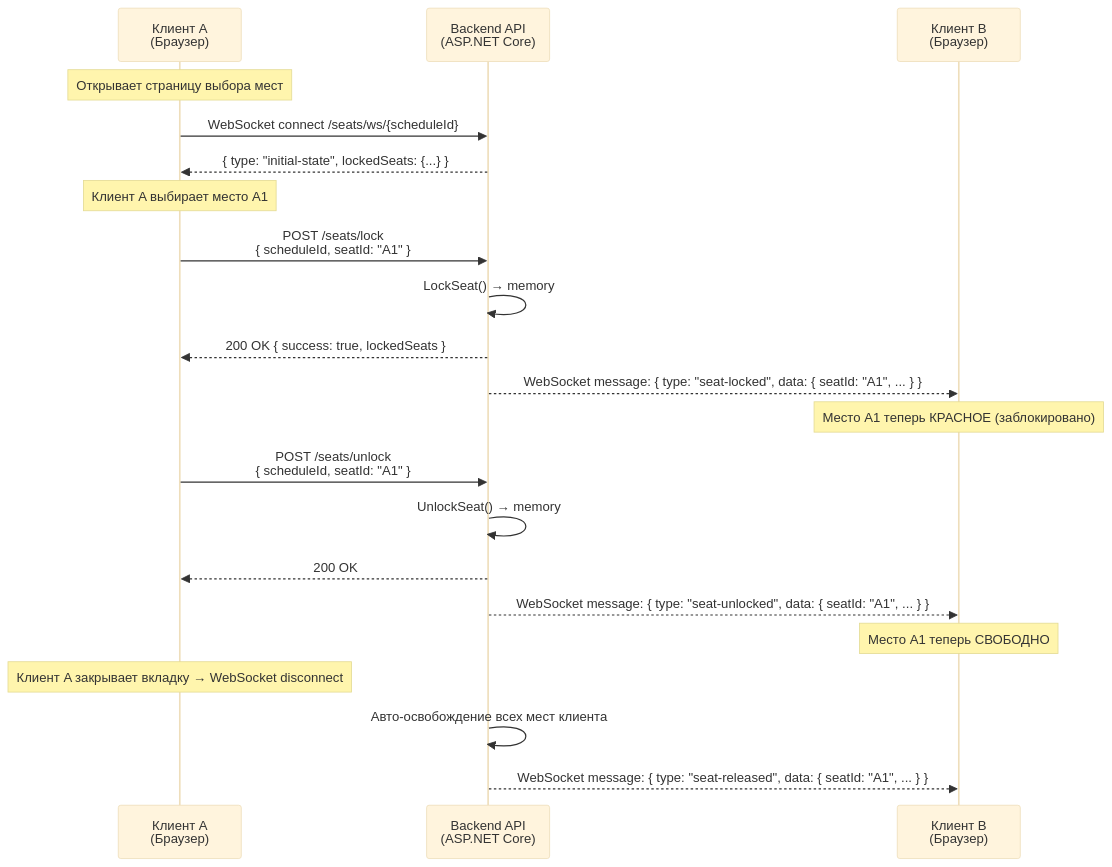
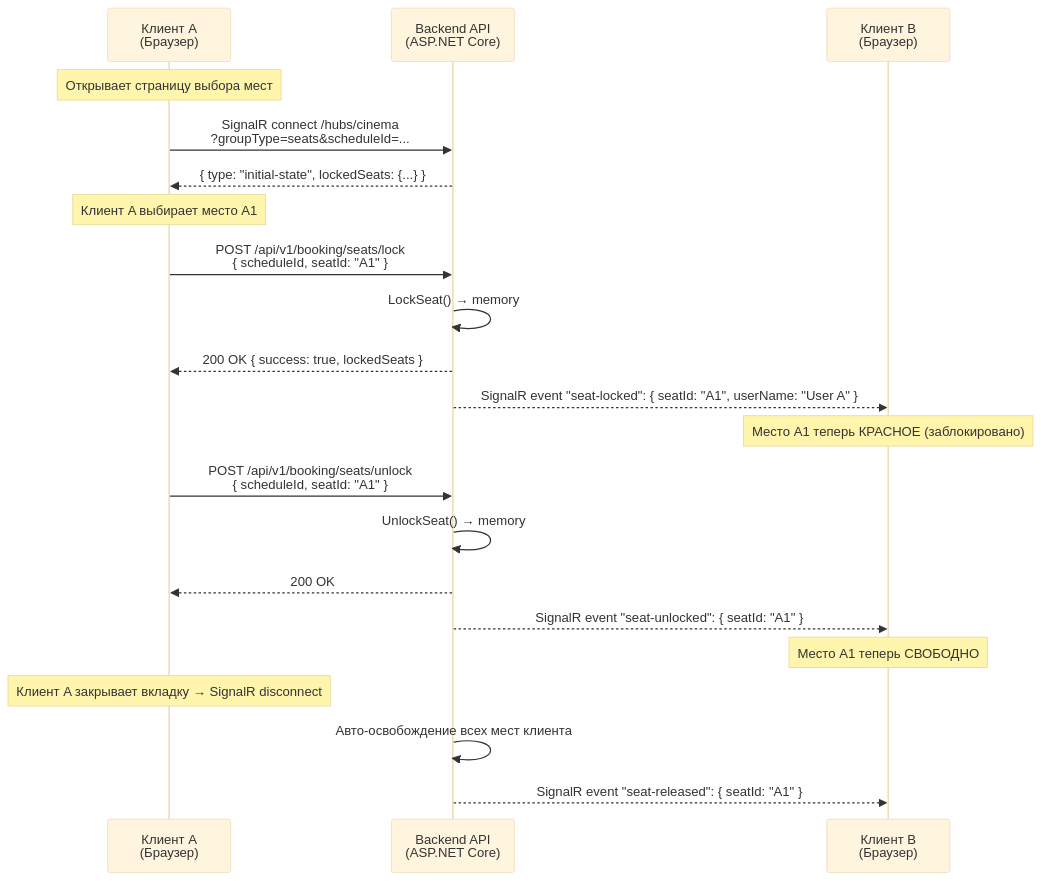
The diagram in docs/algorithms/ru/seat-locking.md (duc19092005/galaxiad-cinema-core), drawn with Mermaid (base theme) before and after one commit. The commit also changed other lines of this file and 21 other files, not shown here.

Commit message:
Renew : Renew the embedding tracking flow and refactor the chatbot UI UX and add intent tool for trending movies incase user ask

````diff
--- a/docs/algorithms/ru/seat-locking.md
+++ b/docs/algorithms/ru/seat-locking.md
@@ -37,31 +44,31 @@
 ```mermaid
 sequenceDiagram
     participant A as Клиент A<br/>(Браузер)
     participant Server as Backend API<br/>(ASP.NET Core)
     participant B as Клиент B<br/>(Браузер)
 
     Note over A: Открывает страницу выбора мест
 
-    A->>Server: WebSocket connect /seats/ws/{scheduleId}
+    A->>Server: SignalR connect /hubs/cinema<br/>?groupType=seats&scheduleId=...
     Server-->>A: { type: "initial-state", lockedSeats: {...} }
     
     Note over A: Клиент A выбирает место A1
 
-    A->>Server: POST /seats/lock<br/>{ scheduleId, seatId: "A1" }
+    A->>Server: POST /api/v1/booking/seats/lock<br/>{ scheduleId, seatId: "A1" }
     Server->>Server: LockSeat() → memory
     Server-->>A: 200 OK { success: true, lockedSeats }
-    Server-->>B: WebSocket message: { type: "seat-locked", data: { seatId: "A1", ... } }
+    Server-->>B: SignalR event "seat-locked": { seatId: "A1", userName: "User A" }
     
     Note over B: Место A1 теперь КРАСНОЕ (заблокировано)
 
-    A->>Server: POST /seats/unlock<br/>{ scheduleId, seatId: "A1" }
+    A->>Server: POST /api/v1/booking/seats/unlock<br/>{ scheduleId, seatId: "A1" }
     Server->>Server: UnlockSeat() → memory
     Server-->>A: 200 OK
-    Server-->>B: WebSocket message: { type: "seat-unlocked", data: { seatId: "A1", ... } }
+    Server-->>B: SignalR event "seat-unlocked": { seatId: "A1" }
     
     Note over B: Место A1 теперь СВОБОДНО
     
-    Note over A: Клиент A закрывает вкладку → WebSocket disconnect
+    Note over A: Клиент A закрывает вкладку → SignalR disconnect
     Server->>Server: Авто-освобождение всех мест клиента
-    Server-->>B: WebSocket message: { type: "seat-released", data: { seatId: "A1", ... } }
+    Server-->>B: SignalR event "seat-released": { seatId: "A1" }
 ```
````
